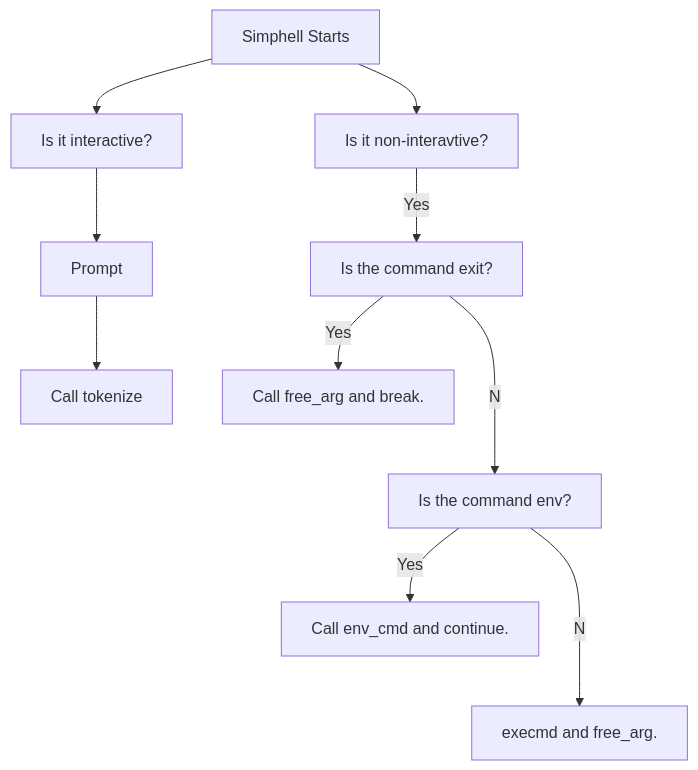
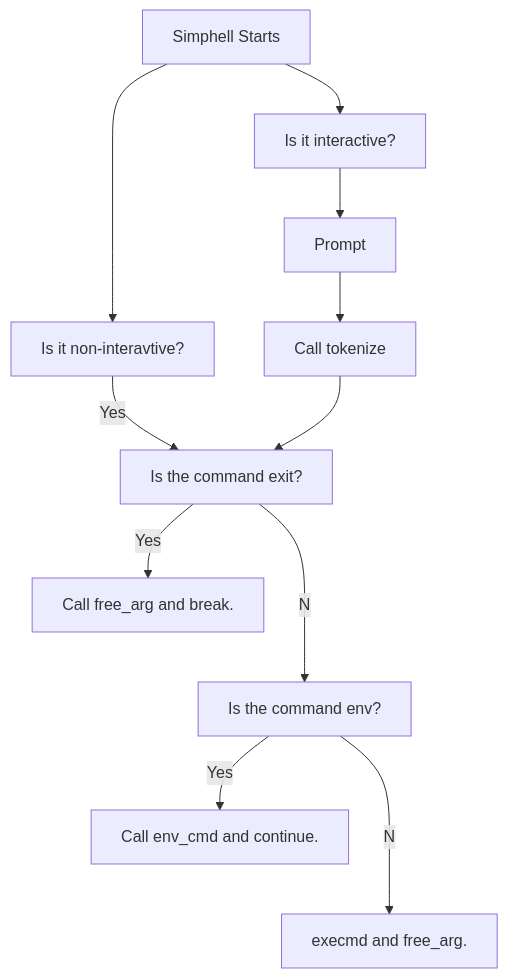
The diagram in README.md (LeeWest89/MySuperRepo), drawn with Mermaid before and after one commit.

````diff
--- a/README.md
+++ b/README.md
@@ -2,12 +2,13 @@
 ```mermaid
 flowchart TD;
   A[Simphell Starts]-->B[Is it interactive?];
   A-->C[Is it non-interavtive?];
   C--Yes-->D[Is the command exit?];
   D--Yes-->E[Call free_arg and break.];
   D--No-->F[Is the command env?];
   F--Yes-->G[Call env_cmd and continue.];
   F--No-->H[execmd and free_arg.];
   B-->I[Prompt];
   I-->J[Call tokenize];
+  J-->D;
 ```
````
